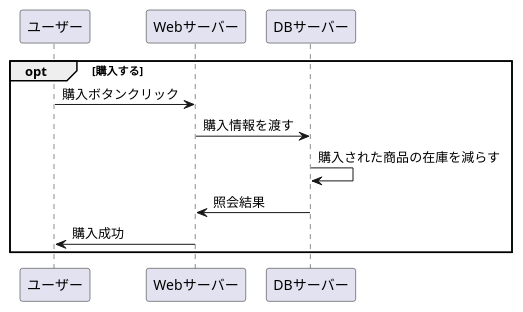
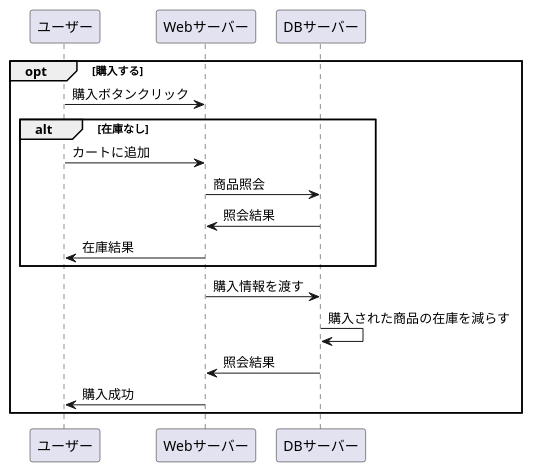
The diagram in stationary/業務フロー/購入.md (Aso2001154/2021sys-design), drawn with PlantUML before and after one commit.

````diff
--- a/stationary/業務フロー/購入.md
+++ b/stationary/業務フロー/購入.md
@@ -2,13 +2,20 @@
 ```uml
 @startuml
 
 opt 購入する
 ユーザー -> Webサーバー : 購入ボタンクリック
+
+alt 在庫なし
+ユーザー -> Webサーバー : カートに追加
+Webサーバー -> DBサーバー : 商品照会
+DBサーバー -> Webサーバー : 照会結果
+Webサーバー -> ユーザー : 在庫結果
+end
 Webサーバー -> DBサーバー : 購入情報を渡す
 DBサーバー -> DBサーバー : 購入された商品の在庫を減らす
 DBサーバー -> Webサーバー : 照会結果
 Webサーバー -> ユーザー : 購入成功
 end
 
 @enduml
 ```
````
